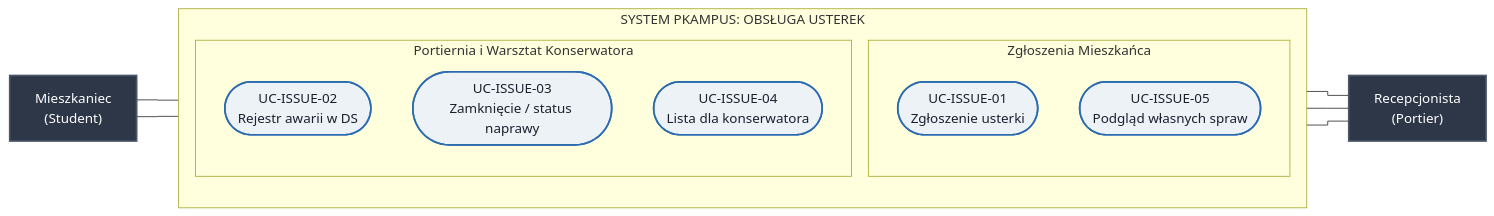
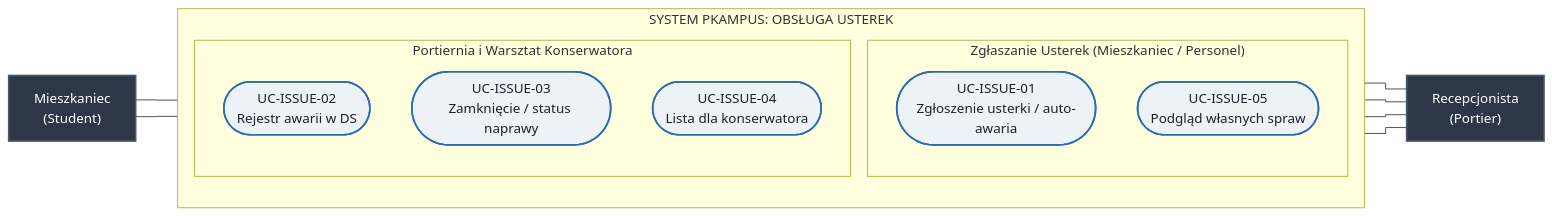
Before and after one commit to Buczy8/PKampus: the fifth of 8 diagrams in Docs/Diagramy_Przypadkow_Uzycia.md, drawn with Mermaid. The commit also changed other lines of this file and 5 other files, not shown here.

Commit message:
docs: update use case diagrams and project requirements to clarify issue reporting process for residents and staff

````diff
--- a/Docs/Diagramy_Przypadkow_Uzycia.md
+++ b/Docs/Diagramy_Przypadkow_Uzycia.md
@@ -181,34 +181,35 @@
 ```mermaid
 %%{init: {'flowchart': {'curve': 'stepBefore'}}}%%
 flowchart LR
     classDef studentStyle fill:#2d3748,stroke:#4a5568,stroke-width:2px,color:#fff;
     classDef staffStyle fill:#2d3748,stroke:#4a5568,stroke-width:2px,color:#fff;
     classDef ucStyle fill:#edf2f7,stroke:#2b6cb0,stroke-width:2px,color:#1a202c;
 
     Student["Mieszkaniec<br/>(Student)"]:::studentStyle
 
     subgraph System_Issues ["SYSTEM PKAMPUS: OBSŁUGA USTEREK"]
         direction TB
-        subgraph Strefa_Mieszkanca ["Zgłoszenia Mieszkańca"]
-            UC_ISSUE_01(["UC-ISSUE-01<br/>Zgłoszenie usterki"]):::ucStyle
+        subgraph Strefa_Zgloszen ["Zgłaszanie Usterek (Mieszkaniec / Personel)"]
+            UC_ISSUE_01(["UC-ISSUE-01<br/>Zgłoszenie usterki / auto-awaria"]):::ucStyle
             UC_ISSUE_05(["UC-ISSUE-05<br/>Podgląd własnych spraw"]):::ucStyle
         end
 
         subgraph Strefa_Warsztatu ["Portiernia i Warsztat Konserwatora"]
             UC_ISSUE_02(["UC-ISSUE-02<br/>Rejestr awarii w DS"]):::ucStyle
             UC_ISSUE_03(["UC-ISSUE-03<br/>Zamknięcie / status naprawy"]):::ucStyle
             UC_ISSUE_04(["UC-ISSUE-04<br/>Lista dla konserwatora"]):::ucStyle
         end
     end
 
     Portier["Recepcjonista<br/>(Portier)"]:::staffStyle
 
-    %% Relacje mieszkańca po lewej stronie (tylko do strefy zgłoszeń)
+    %% Relacje mieszkańca po lewej stronie
     Student --- UC_ISSUE_01
     Student --- UC_ISSUE_05
 
-    %% Relacje personelu po prawej stronie (tylko do strefy warsztatu)
+    %% Relacje personelu po prawej stronie (warsztat oraz zgłaszanie awarii części wspólnych / auto-zgłoszenie)
+    UC_ISSUE_01 --- Portier
     UC_ISSUE_02 --- Portier
     UC_ISSUE_03 --- Portier
     UC_ISSUE_04 --- Portier
 ```
````
